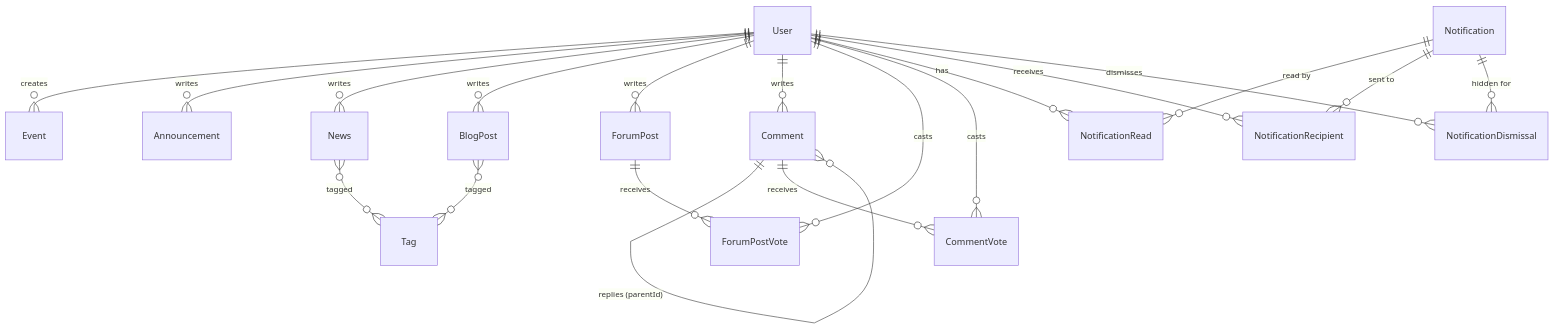
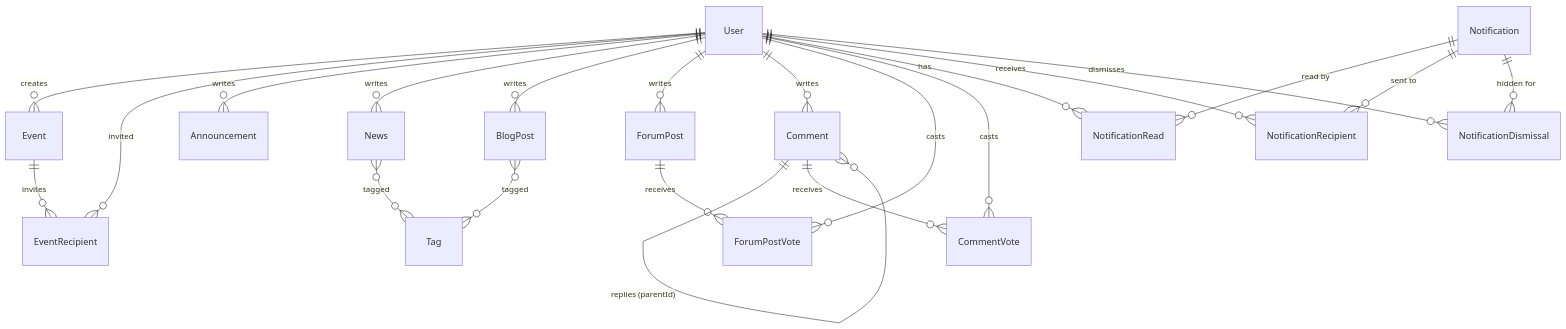
The diagram in docs/schema.md (cyborgoat/teamorbit), drawn with Mermaid before and after one commit. The commit also changed other lines of this file and 16 other files, not shown here.

````diff
--- a/docs/schema.md
+++ b/docs/schema.md
@@ -22,22 +23,24 @@
 ```mermaid
 erDiagram
   News }o--o{ Tag : tagged
   BlogPost }o--o{ Tag : tagged
   User ||--o{ Event : creates
+  User ||--o{ EventRecipient : invited
   User ||--o{ Announcement : writes
   User ||--o{ News : writes
   User ||--o{ BlogPost : writes
   User ||--o{ ForumPost : writes
   User ||--o{ Comment : writes
   User ||--o{ ForumPostVote : casts
   User ||--o{ CommentVote : casts
   User ||--o{ NotificationRead : has
   User ||--o{ NotificationRecipient : receives
   User ||--o{ NotificationDismissal : dismisses
+  Event ||--o{ EventRecipient : invites
   ForumPost ||--o{ ForumPostVote : receives
   Comment ||--o{ Comment : "replies (parentId)"
   Comment ||--o{ CommentVote : receives
   Notification ||--o{ NotificationRead : "read by"
   Notification ||--o{ NotificationRecipient : "sent to"
   Notification ||--o{ NotificationDismissal : "hidden for"
 ```
````
